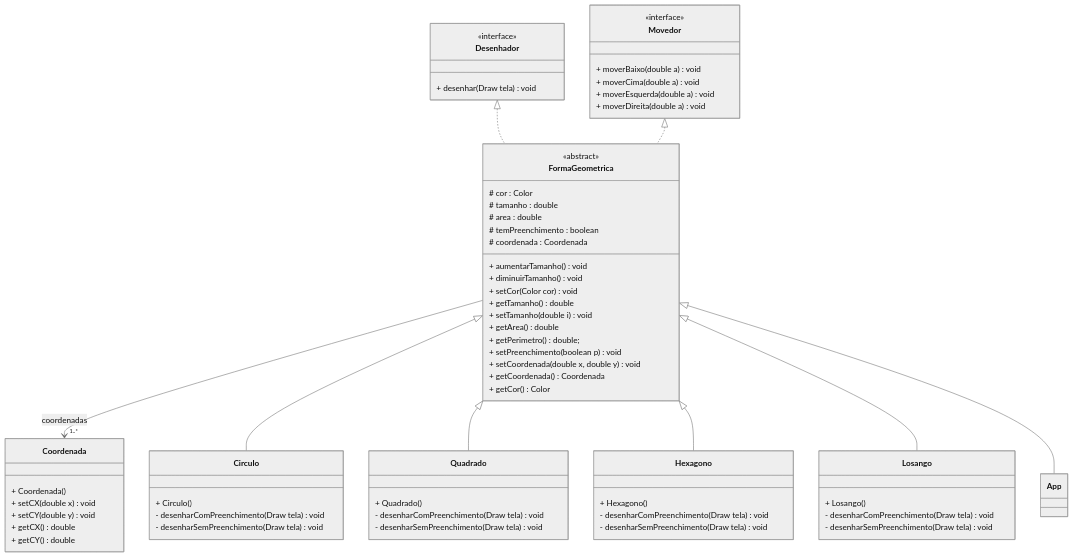
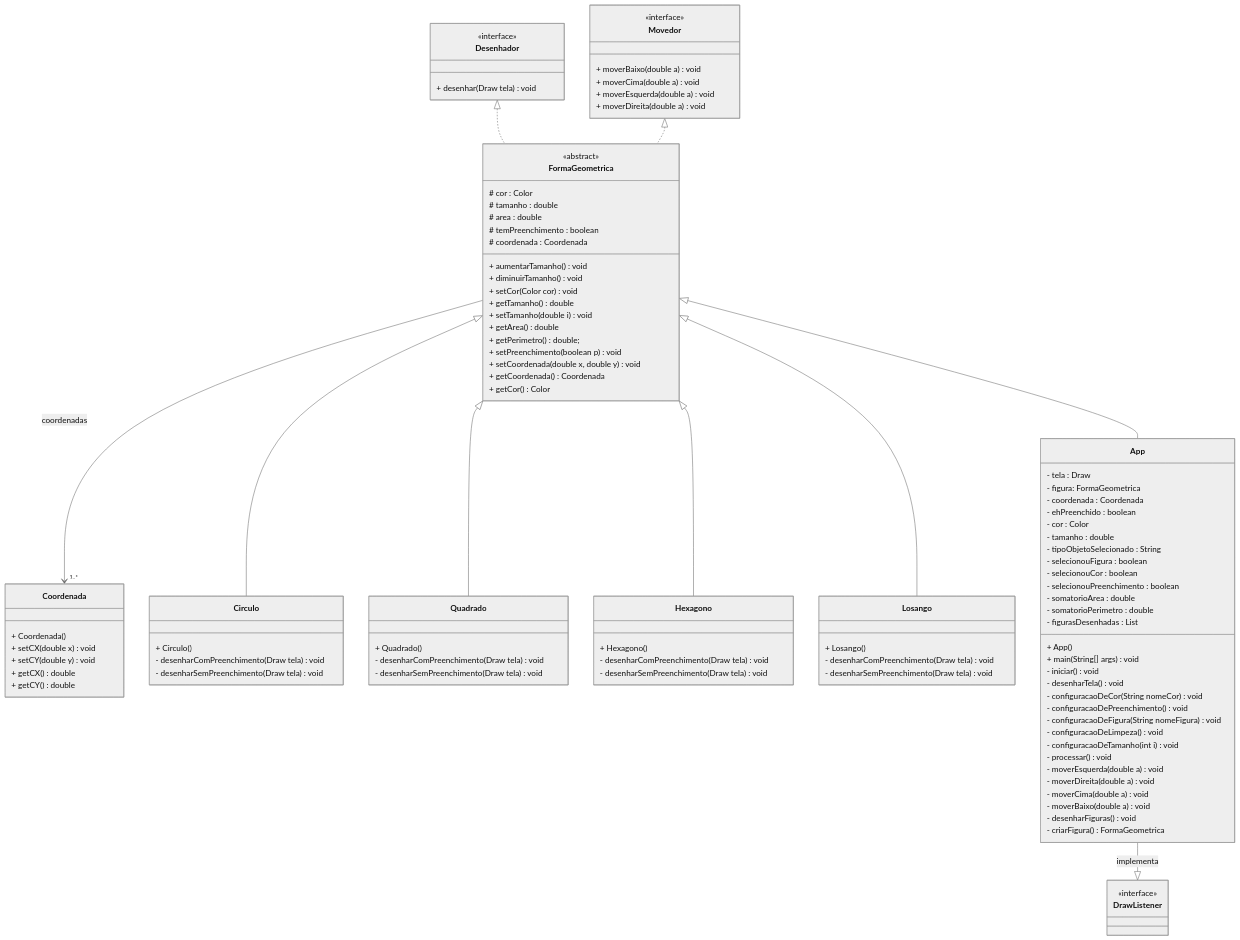
Before and after one commit to sergio-prolo-class/lista-4-igor1023: the diagram in readme.md, drawn with Mermaid (neutral theme). The commit also changed 12 other files, not shown here.

Commit message:
Finalizado UML de acordo com projeto atual (pode haver mudança)

````diff
--- a/readme.md
+++ b/readme.md
@@ -77,6 +77,10 @@
         + moverCima(double a) void
         + moverEsquerda(double a) void
         + moverDireita(double a) void
+    }
+
+    class DrawListener{
+        <<interface>>
     }
 
     class Coordenada{
@@ -123,6 +127,38 @@
 
     class App{
 
+        - tela : Draw
+        - figura: FormaGeometrica
+        - coordenada : Coordenada
+        - ehPreenchido : boolean
+        - cor : Color
+        - tamanho : double
+        - tipoObjetoSelecionado : String
+        - selecionouFigura : boolean
+        - selecionouCor : boolean
+        - selecionouPreenchimento : boolean
+        - somatorioArea : double
+        - somatorioPerimetro : double 
+        - figurasDesenhadas : List<FormaGeometrica>
+
+        + App()
+        + main(String[] args) void
+        - iniciar() void
+        - desenharTela() void
+        - configuracaoDeCor(String nomeCor) void
+        - configuracaoDePreenchimento() void
+        - configuracaoDeFigura(String nomeFigura) void
+        - configuracaoDeLimpeza() void
+        - configuracaoDeTamanho(int i) void
+        - processar() void
+        - moverEsquerda(double a) void
+        - moverDireita(double a) void
+        - moverCima(double a) void
+        - moverBaixo(double a) void
+        - desenharFiguras() void
+        - criarFigura() FormaGeometrica
+        
+
     }
 
     FormaGeometrica <|-- Circulo
@@ -130,5 +166,6 @@
     FormaGeometrica <|-- Hexagono
     FormaGeometrica <|-- Losango
     FormaGeometrica <|-- App
+    App --|> DrawListener : implementa
 
 ```
````
